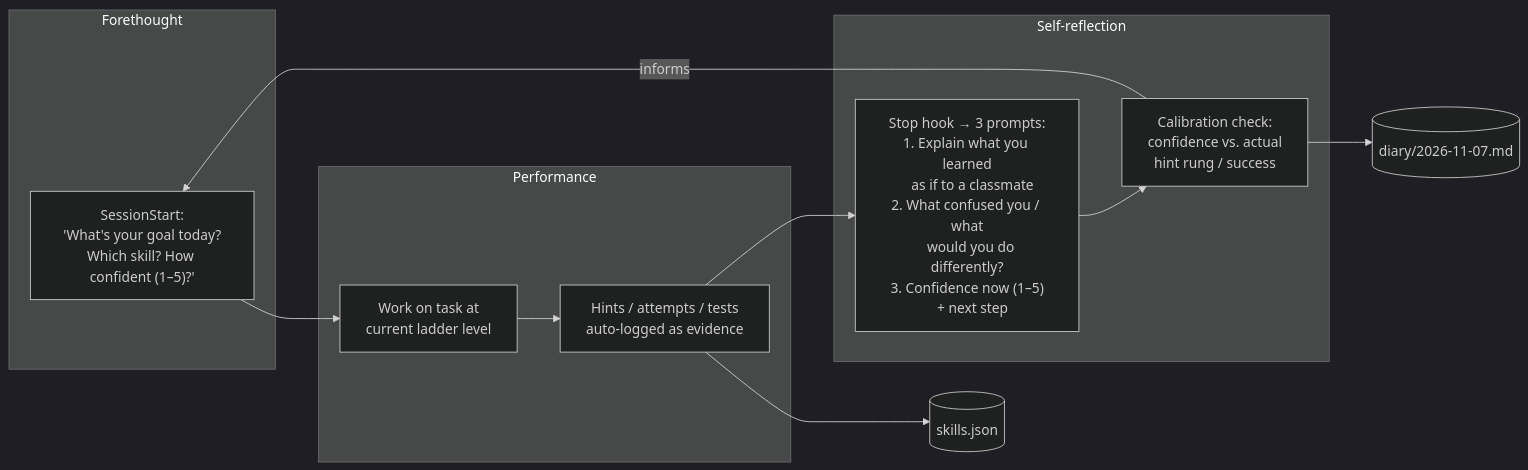
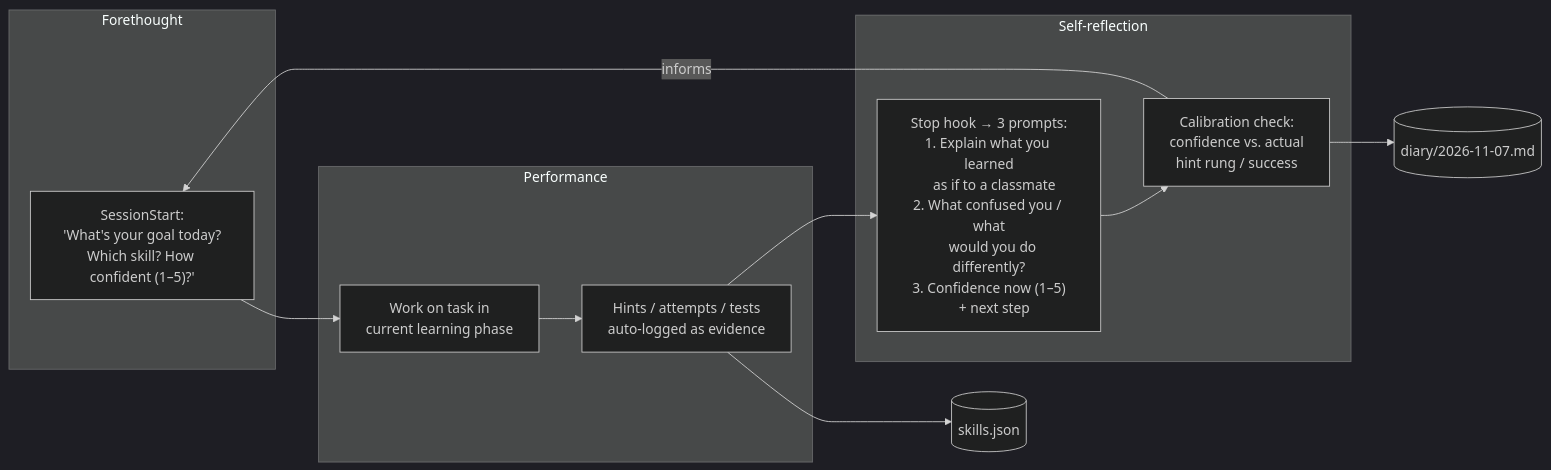
One commit to piethanegraaf/piethanegraaf.github.io changed the eighth of 12 diagrams in docs/en/research/design.md. Above: the diagram before and after it, drawn with Mermaid (dark theme). The commit also changed other lines of this file and 16 other files, not shown here.

First line of the commit message:
Learning phases and the hint ladder: rename and explain how they work together

````diff
--- a/docs/en/research/design.md
+++ b/docs/en/research/design.md
@@ -467,18 +469,18 @@
 ```mermaid
 flowchart LR
     subgraph Forethought
         F1["SessionStart:<br/>'What's your goal today?<br/>Which skill? How confident (1–5)?'"]
     end
     subgraph Performance
-        P1[Work on task at<br/>current ladder level]
+        P1[Work on task in<br/>current learning phase]
         P2[Hints / attempts / tests<br/>auto-logged as evidence]
     end
     subgraph Self-reflection
         R1["Stop hook → 3 prompts:<br/>1. Explain what you learned<br/>   as if to a classmate<br/>2. What confused you / what<br/>   would you do differently?<br/>3. Confidence now (1–5)<br/>   + next step"]
         R2["Calibration check:<br/>confidence vs. actual<br/>hint rung / success"]
     end
     F1 --> P1 --> P2 --> R1 --> R2
     R2 -- informs --> F1
     R2 --> D[(diary/2026-11-07.md)]
     P2 --> S[(skills.json)]
 ```
````
